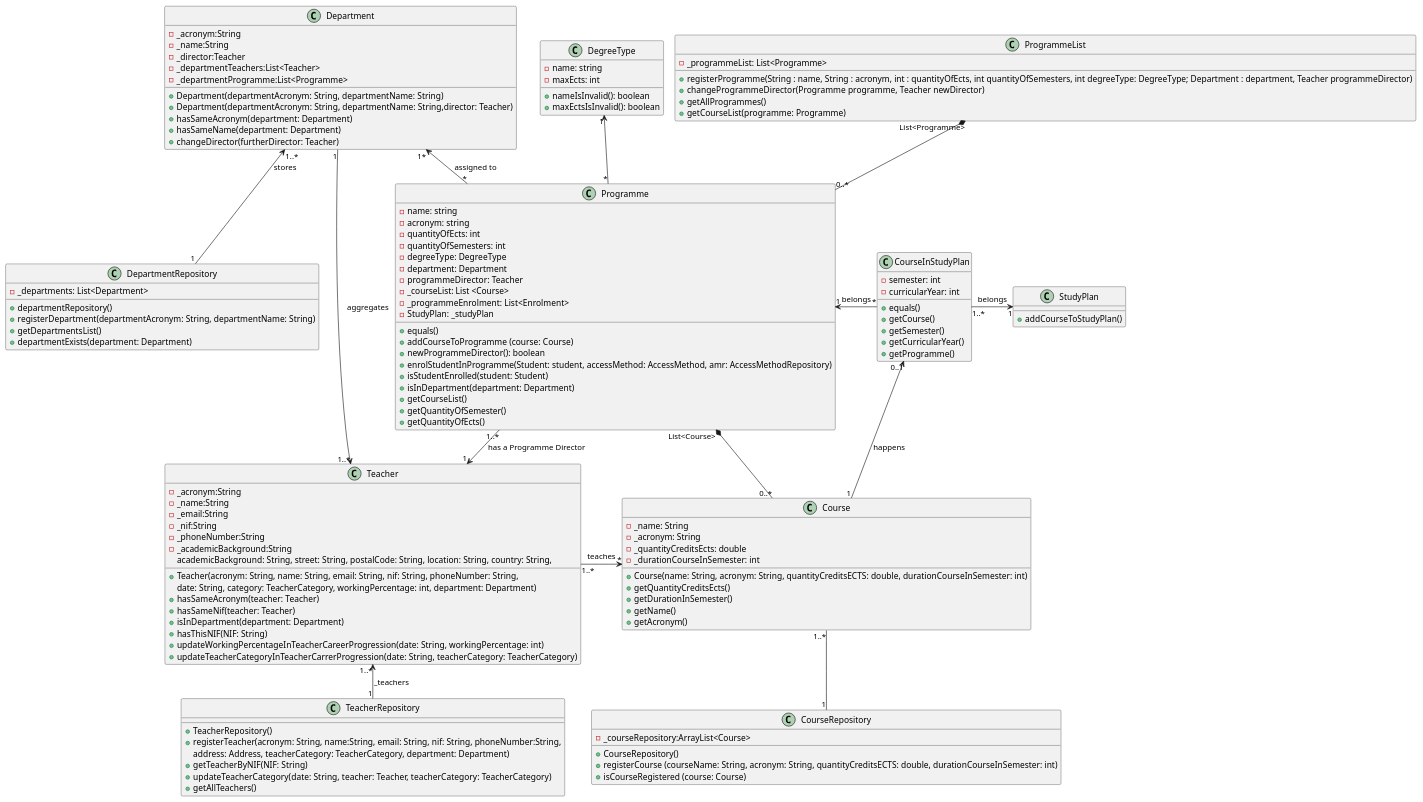
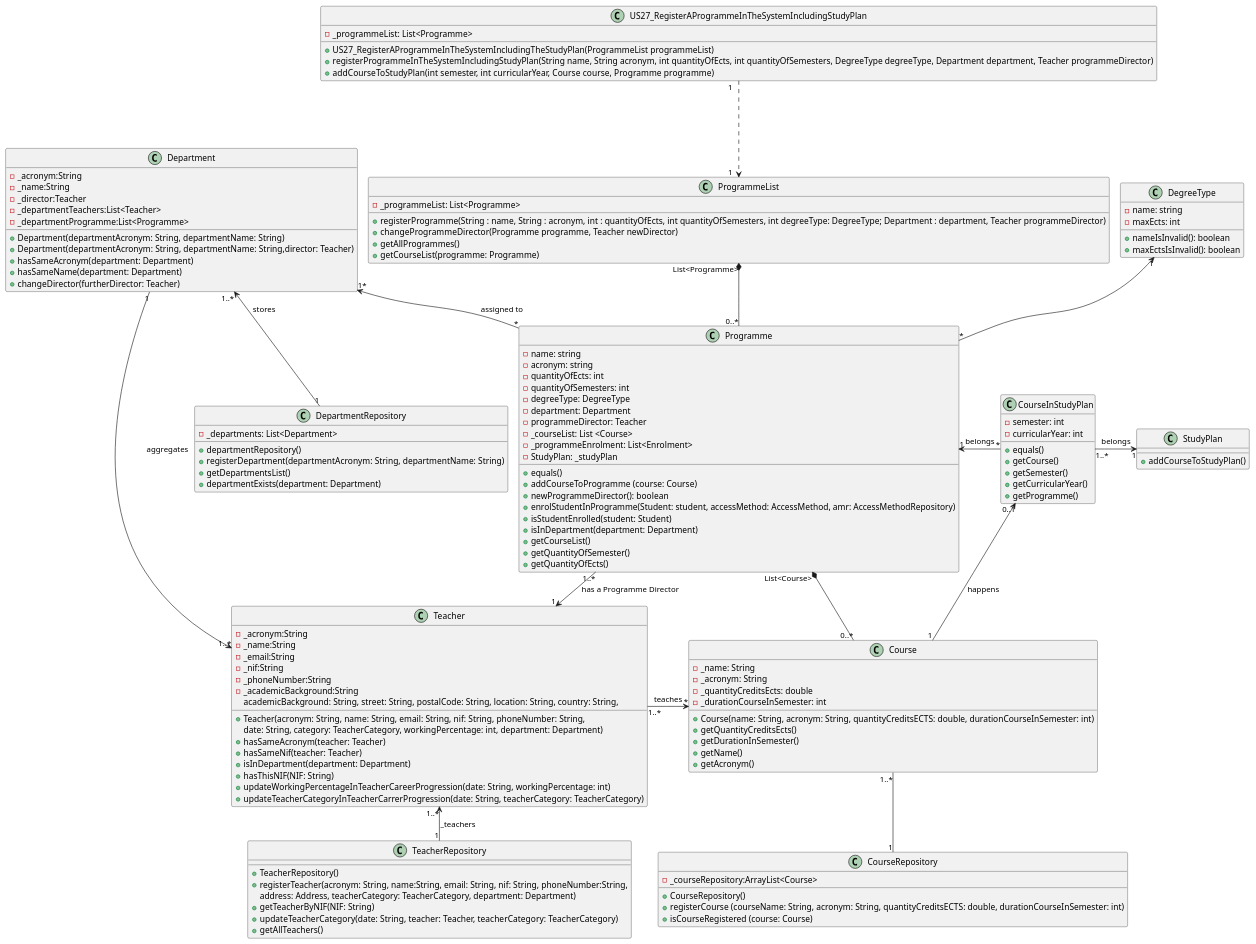
Before and after one commit to GasparISEP/DevOps-PAI: the diagram in docs/US27/US27_registerAProgrammeInTheSystemIncludingTheStudyPlanClassDiagram.puml, drawn with PlantUML. The commit also changed 5 other files, not shown here.

Commit message:
Added, Reorganized and Fixed US11, US12, US27 diagrams

```diff
--- a/docs/US27/US27_registerAProgrammeInTheSystemIncludingTheStudyPlanClassDiagram.puml
+++ b/docs/US27/US27_registerAProgrammeInTheSystemIncludingTheStudyPlanClassDiagram.puml
@@ -1,145 +1,153 @@
 @startuml
 !pragma layout smetana
 'left to right direction
 
+class US27_RegisterAProgrammeInTheSystemIncludingStudyPlan {
+    -_programmeList: List<Programme>
+    +US27_RegisterAProgrammeInTheSystemIncludingTheStudyPlan(ProgrammeList programmeList)
+    +registerProgrammeInTheSystemIncludingStudyPlan(String name, String acronym, int quantityOfEcts, int quantityOfSemesters, DegreeType degreeType, Department department, Teacher programmeDirector)
+    +addCourseToStudyPlan(int semester, int curricularYear, Course course, Programme programme)
+}
 class Department {
     -_acronym:String
     -_name:String
     -_director:Teacher
     -_departmentTeachers:List<Teacher>
     -_departmentProgramme:List<Programme>
     +Department(departmentAcronym: String, departmentName: String)
     +Department(departmentAcronym: String, departmentName: String,director: Teacher)
     +hasSameAcronym(department: Department)
     +hasSameName(department: Department)
     +changeDirector(furtherDirector: Teacher)
 
 }
 
 class DepartmentRepository {
     -_departments: List<Department>
     +departmentRepository()
     +registerDepartment(departmentAcronym: String, departmentName: String)
     +getDepartmentsList()
     +departmentExists(department: Department)
 }
 
 class Programme {
      - name: string
      - acronym: string
      - quantityOfEcts: int
      - quantityOfSemesters: int
      - degreeType: DegreeType
      - department: Department
      - programmeDirector: Teacher
      -_courseList: List <Course>
      -_programmeEnrolment: List<Enrolment>
      -StudyPlan: _studyPlan
 
      + equals()
      + addCourseToProgramme (course: Course)
      + newProgrammeDirector(): boolean
      +enrolStudentInProgramme(Student: student, accessMethod: AccessMethod, amr: AccessMethodRepository)
      +isStudentEnrolled(student: Student)
      +isInDepartment(department: Department)
      +getCourseList()
      +getQuantityOfSemester()
      +getQuantityOfEcts()
  }
 
 class ProgrammeList {
      -_programmeList: List<Programme>
      +registerProgramme(String : name, String : acronym, int : quantityOfEcts, int quantityOfSemesters, int degreeType: DegreeType; Department : department, Teacher programmeDirector)
      +changeProgrammeDirector(Programme programme, Teacher newDirector)
      +getAllProgrammes()
      +getCourseList(programme: Programme)
 }
 
 class DegreeType {
     - name: string
     - maxEcts: int
     + nameIsInvalid(): boolean
     + maxEctsIsInvalid(): boolean
 }
 
 class Teacher {
      -_acronym:String
      -_name:String
      -_email:String
      -_nif:String
      -_phoneNumber:String
      -_academicBackground:String
      +Teacher(acronym: String, name: String, email: String, nif: String, phoneNumber: String,
      academicBackground: String, street: String, postalCode: String, location: String, country: String,
      date: String, category: TeacherCategory, workingPercentage: int, department: Department)
      +hasSameAcronym(teacher: Teacher)
      +hasSameNif(teacher: Teacher)
      +isInDepartment(department: Department)
      +hasThisNIF(NIF: String)
      +updateWorkingPercentageInTeacherCareerProgression(date: String, workingPercentage: int)
      +updateTeacherCategoryInTeacherCarrerProgression(date: String, teacherCategory: TeacherCategory)
 }
 
 
 class TeacherRepository {
     +TeacherRepository()
     +registerTeacher(acronym: String, name:String, email: String, nif: String, phoneNumber:String,
                           address: Address, teacherCategory: TeacherCategory, department: Department)
     +getTeacherByNIF(NIF: String)
     +updateTeacherCategory(date: String, teacher: Teacher, teacherCategory: TeacherCategory)
     +getAllTeachers()
 }
 
 class Course {
     -_name: String
     -_acronym: String
     -_quantityCreditsEcts: double
     -_durationCourseInSemester: int
 
     +Course(name: String, acronym: String, quantityCreditsECTS: double, durationCourseInSemester: int)
     +getQuantityCreditsEcts()
     +getDurationInSemester()
     +getName()
     +getAcronym()
 }
 
 class CourseRepository {
     -_courseRepository:ArrayList<Course>
     +CourseRepository()
     +registerCourse (courseName: String, acronym: String, quantityCreditsECTS: double, durationCourseInSemester: int)
     +isCourseRegistered (course: Course)
 }
 
 
 class StudyPlan {
 
     +addCourseToStudyPlan()
 }
 
 class CourseInStudyPlan {
     -semester: int
     -curricularYear: int
     +equals()
     +getCourse()
     +getSemester()
     +getCurricularYear()
     +getProgramme()
 }
 
 Programme "1..*" --> "1" Teacher : has a Programme Director
 Teacher "1..*" -right-> "*" Course: teaches
 Programme "*" -u-> "1*" Department: assigned to
 DegreeType "1" <-- "*" Programme
-Teacher "1..*" <-- "1" Department: aggregates
+Teacher "1..*" <-left- "1" Department: aggregates
 Teacher "1..*" <-- "1" TeacherRepository: _teachers
 Department "1..*" <-- "1" DepartmentRepository: stores
 Course "1..*" -- "1" CourseRepository
 StudyPlan "1" <-left- "1..*" CourseInStudyPlan: belongs
 CourseInStudyPlan "*" -left-> "1" Programme: belongs
 CourseInStudyPlan "0..1" <-- "1" Course: happens
 
 
 ProgrammeList "List<Programme>" *-- "0..*" Programme
 Programme "List<Course>" *-- "0..*" Course
 
+US27_RegisterAProgrammeInTheSystemIncludingStudyPlan "1   " ....> "1   " ProgrammeList
+
 @enduml
```
